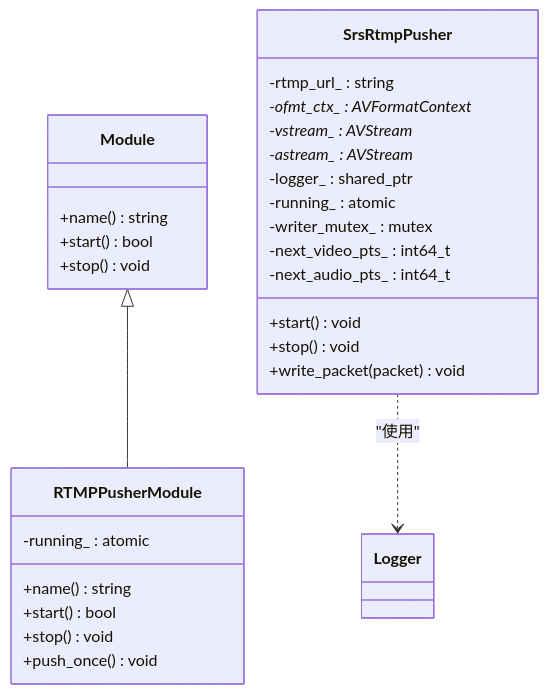
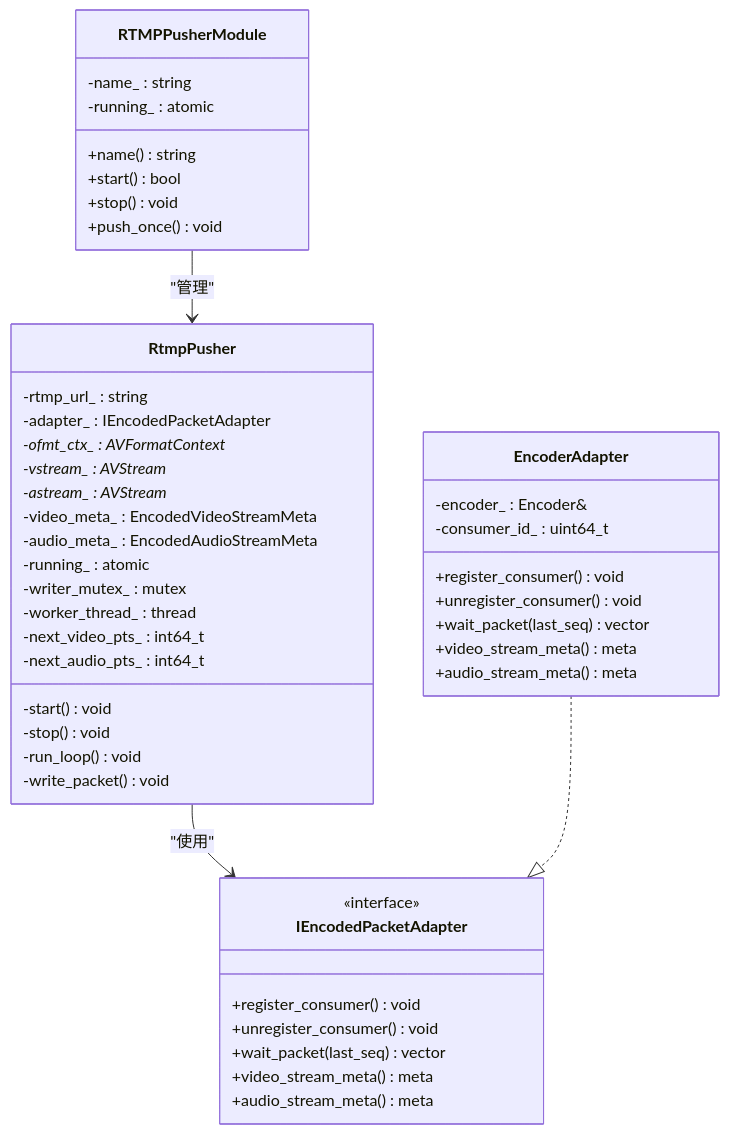
Before and after one commit to tsxuehu/pi-guard: the fourth of 6 diagrams in .qoder/repowiki/zh/content/C++ 代理程序/外部访问模块.md, drawn with Mermaid. The commit also changed other lines of this file and 8 other files, not shown here.

````diff
--- a/.qoder/repowiki/zh/content/C++ 代理程序/外部访问模块.md
+++ b/.qoder/repowiki/zh/content/C++ 代理程序/外部访问模块.md
@@ -211,31 +181,49 @@
 ```mermaid
 classDiagram
-class Module {
-+name() string
-+start() bool
-+stop() void
+class RtmpPusher {
+-rtmp_url_ : string
+-adapter_ : IEncodedPacketAdapter
+-ofmt_ctx_ : AVFormatContext*
+-vstream_ : AVStream*
+-astream_ : AVStream*
+-video_meta_ : EncodedVideoStreamMeta
+-audio_meta_ : EncodedAudioStreamMeta
+-running_ : atomic<bool>
+-writer_mutex_ : mutex
+-worker_thread_ : thread
+-next_video_pts_ : int64_t
+-next_audio_pts_ : int64_t
+-start() void
+-stop() void
+-run_loop() void
+-write_packet() void
+}
+class IEncodedPacketAdapter {
+<<interface>>
++register_consumer() void
++unregister_consumer() void
++wait_packet(last_seq) vector
++video_stream_meta() meta
++audio_stream_meta() meta
+}
+class EncoderAdapter {
+-encoder_ : Encoder&
+-consumer_id_ : uint64_t
++register_consumer() void
++unregister_consumer() void
++wait_packet(last_seq) vector
++video_stream_meta() meta
++audio_stream_meta() meta
 }
 class RTMPPusherModule {
+-name_ : string
 -running_ : atomic<bool>
 +name() string
 +start() bool
 +stop() void
 +push_once() void
 }
-class SrsRtmpPusher {
--rtmp_url_ : string
--ofmt_ctx_ : AVFormatContext*
--vstream_ : AVStream*
--astream_ : AVStream*
--logger_ : shared_ptr<Logger>
--running_ : atomic<bool>
--writer_mutex_ : mutex
--next_video_pts_ : int64_t
--next_audio_pts_ : int64_t
-+start() void
-+stop() void
-+write_packet(packet) void
-}
-Module <|-- RTMPPusherModule
-SrsRtmpPusher ..> Logger : "使用"
+RtmpPusher --> IEncodedPacketAdapter : "使用"
+EncoderAdapter ..|> IEncodedPacketAdapter
+RTMPPusherModule --> RtmpPusher : "管理"
 ```
````
